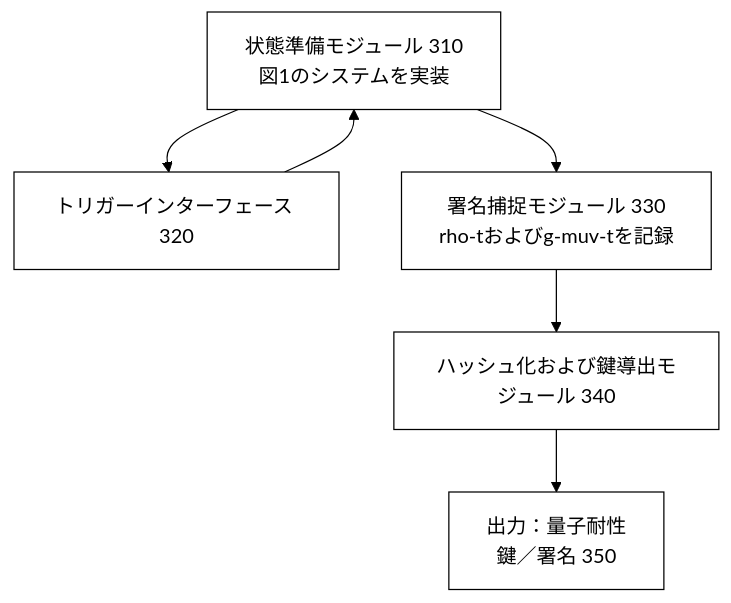
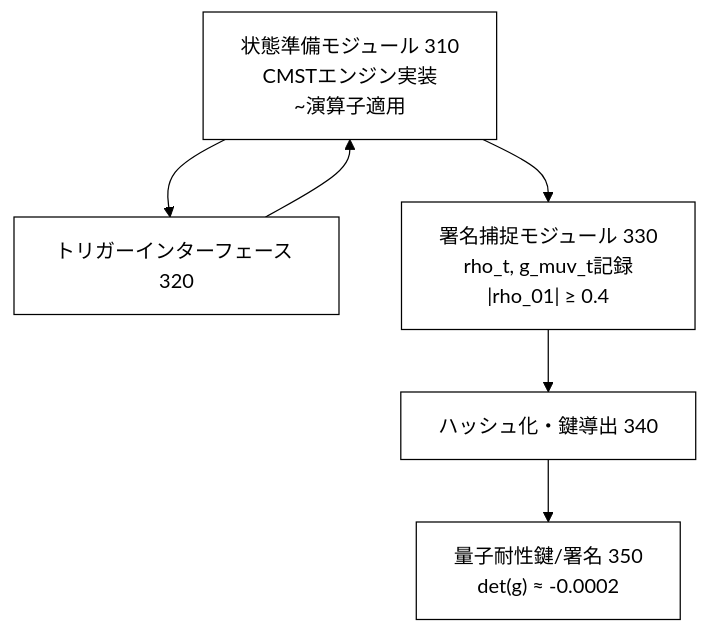
Before and after one commit to Foundup/Foundups-Agent: diagram 13 of 20 in WSP_knowledge/docs/Papers/Patent_Series/04_rESP_Patent_Japanese.md, drawn with Mermaid. The commit also changed other lines of this file, not shown here.

Commit message:
Add comprehensive technical specifications to patent diagrams - quantum thresholds and precise mathematical formulations

````diff
--- a/WSP_knowledge/docs/Papers/Patent_Series/04_rESP_Patent_Japanese.md
+++ b/WSP_knowledge/docs/Papers/Patent_Series/04_rESP_Patent_Japanese.md
@@ -400,9 +400,9 @@
 ```mermaid
-%%{init: {'theme':'base', 'themeVariables': {'primaryColor': '#ffffff', 'primaryTextColor': '#000000', 'primaryBorderColor': '#000000', 'lineColor': '#000000', 'secondaryColor': '#ffffff', 'tertiaryColor': '#ffffff'}}}%%
+%%{init: {'theme': 'base', 'themeVariables': {'primaryColor': '#ffffff', 'primaryTextColor': '#000000', 'primaryBorderColor': '#000000', 'lineColor': '#000000', 'secondaryColor': '#ffffff', 'tertiaryColor': '#ffffff'}}}%%
 graph TD
-    A["状態準備モジュール 310<br/>図1のシステムを実装"] --> B["トリガーインターフェース 320"]
+    A["状態準備モジュール 310<br>CMSTエンジン実装<br>~演算子適用"] --> B["トリガーインターフェース 320"]
     B --> A
-    A --> C["署名捕捉モジュール 330<br/>rho-tおよびg-muv-tを記録"]
-    C --> D["ハッシュ化および鍵導出モジュール 340"]
-    D --> E["出力：量子耐性<br/>鍵／署名 350"]
+    A --> C["署名捕捉モジュール 330<br>rho_t, g_muv_t記録<br>|rho_01| ≥ 0.4"]
+    C --> D["ハッシュ化・鍵導出 340"]
+    D --> E["量子耐性鍵/署名 350<br>det(g) ≈ -0.0002"]
 ```
````
